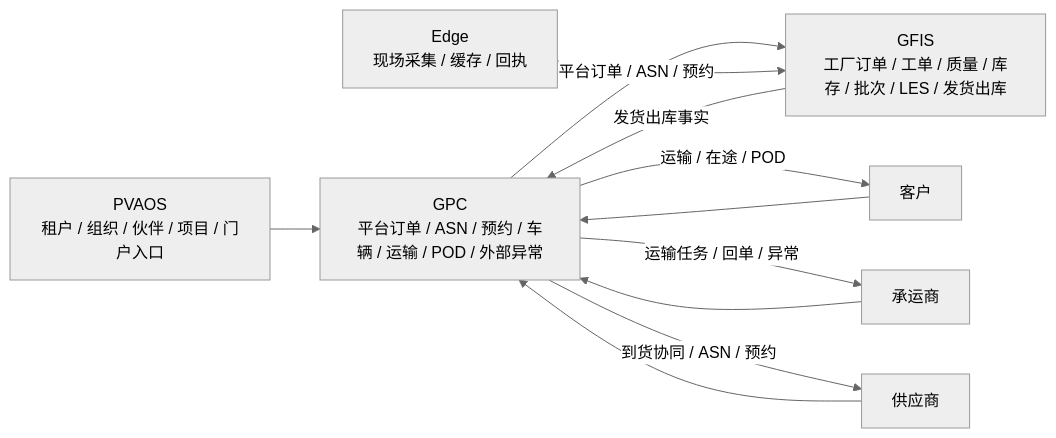
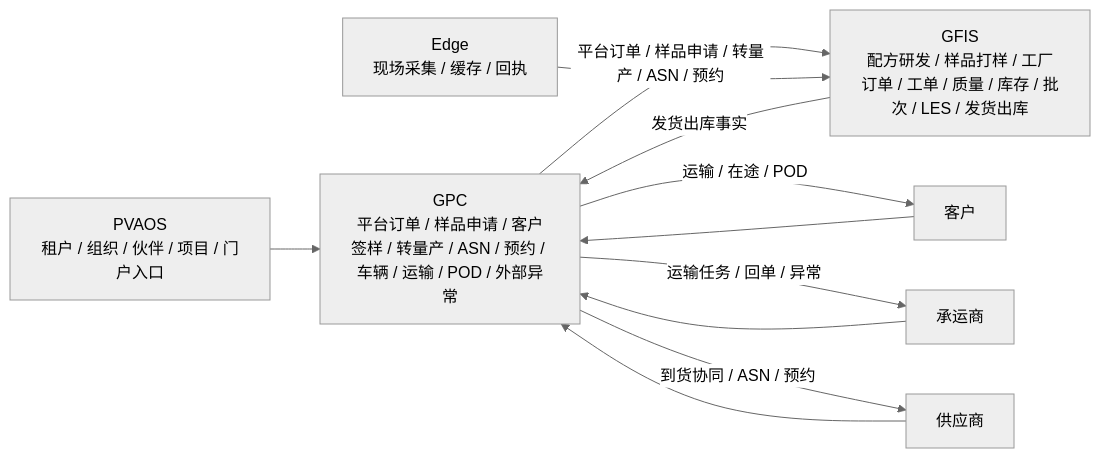
One commit to Jiumilu/GCGPCF changed the diagram in .kds/development-space/开发/90-跨项目架构/01-architecture/GlobalCloud绿色供应链平台业务流架构图.md. Above: the diagram before and after it, drawn with Mermaid (neutral theme). The commit also changed other lines of this file and 6 other files, not shown here.

Commit message:
docs: align four-flow sample confirmation events

````diff
--- a/.kds/development-space/开发/90-跨项目架构/01-architecture/GlobalCloud绿色供应链平台业务流架构图.md
+++ b/.kds/development-space/开发/90-跨项目架构/01-architecture/GlobalCloud绿色供应链平台业务流架构图.md
@@ -27,22 +27,22 @@
 ```mermaid
 flowchart LR
   PVAOS["PVAOS<br/>租户 / 组织 / 伙伴 / 项目 / 门户入口"]
-  GPC["GPC<br/>平台订单 / ASN / 预约 / 车辆 / 运输 / POD / 外部异常"]
-  GFIS["GFIS<br/>工厂订单 / 工单 / 质量 / 库存 / 批次 / LES / 发货出库"]
+  GPC["GPC<br/>平台订单 / 样品申请 / 客户签样 / 转量产 / ASN / 预约 / 车辆 / 运输 / POD / 外部异常"]
+  GFIS["GFIS<br/>配方研发 / 样品打样 / 工厂订单 / 工单 / 质量 / 库存 / 批次 / LES / 发货出库"]
   Edge["Edge<br/>现场采集 / 缓存 / 回执"]
   Customer["客户"]
   Supplier["供应商"]
   Carrier["承运商"]
 
   PVAOS --> GPC
   Supplier --> GPC
   Customer --> GPC
   Carrier --> GPC
 
-  GPC -->|"平台订单 / ASN / 预约"| GFIS
+  GPC -->|"平台订单 / 样品申请 / 转量产 / ASN / 预约"| GFIS
   Edge --> GFIS
   GFIS -->|"发货出库事实"| GPC
   GPC -->|"运输 / 在途 / POD"| Customer
   GPC -->|"运输任务 / 回单 / 异常"| Carrier
   GPC -->|"到货协同 / ASN / 预约"| Supplier
 ```
````
